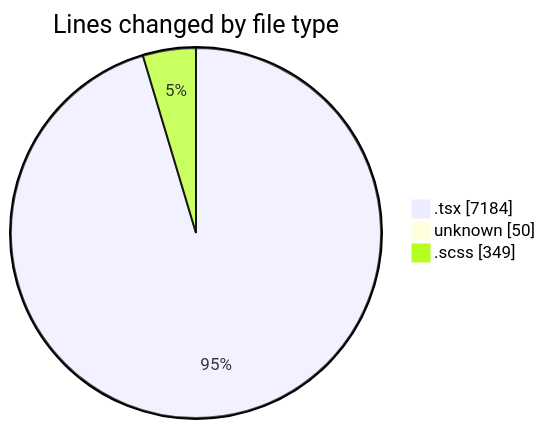
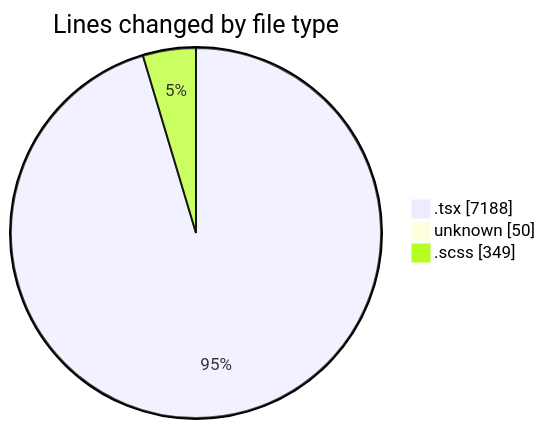
Before and after one commit to momahboobian/code-tracking: the first of 2 diagrams in 2025-12-05/cda/README.md, drawn with Mermaid. The commit also changed other lines of this file and 1 other file, not shown here.

````diff
--- a/2025-12-05/cda/README.md
+++ b/2025-12-05/cda/README.md
@@ -34,7 +34,7 @@
 ```mermaid
 pie showData
 title Lines changed by file type
-".tsx" : 7184
+".tsx" : 7188
 "unknown" : 50
 ".scss" : 349
 ```
````
